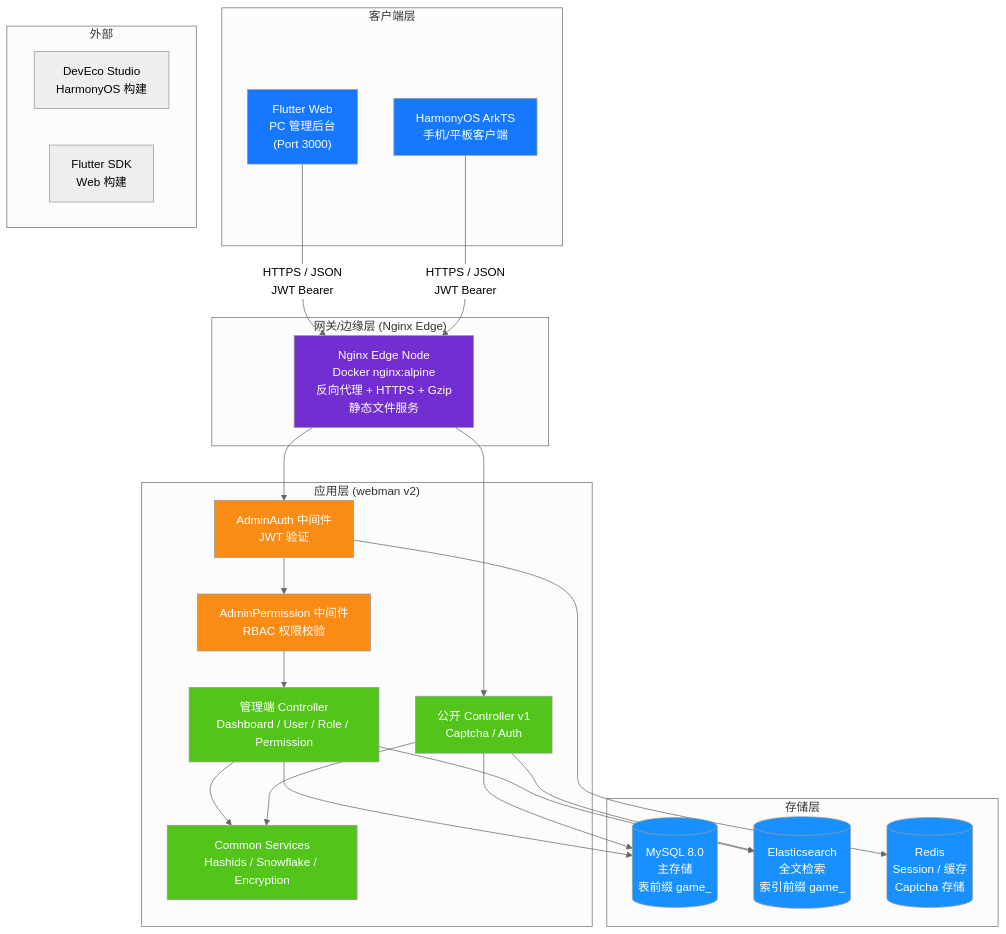
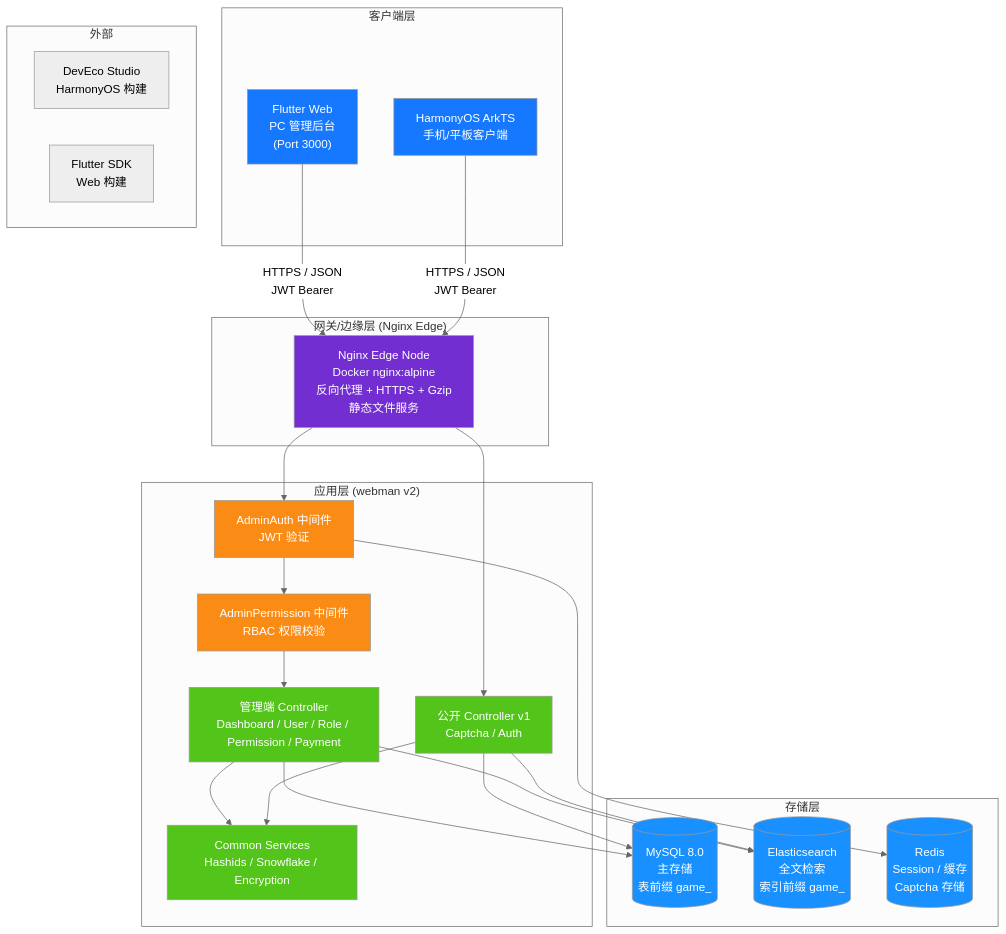
Before and after one commit to erikwang2013/game-platform-php: the first of 14 diagrams in admin/docs/ARCHITECTURE.md, drawn with Mermaid (neutral theme). The commit also changed other lines of this file and 211 other files, not shown here.

First line of the commit message:
fix: 支付配置读回类型根治、提现事件对账巡检，12 语族 mermaid 与 API 标签本地化

````diff
--- a/admin/docs/ARCHITECTURE.md
+++ b/admin/docs/ARCHITECTURE.md
@@ -15,56 +15,56 @@
 ```mermaid
 flowchart TB
     subgraph "客户端层"
         A1["Flutter Web<br/>PC 管理后台<br/>(Port 3000)"]
         A2["HarmonyOS ArkTS<br/>手机/平板客户端"]
     end
 
     subgraph "网关/边缘层 (Nginx Edge)"
         B1["Nginx Edge Node<br/>Docker nginx:alpine<br/>反向代理 + HTTPS + Gzip<br/>静态文件服务"]
     end
 
     subgraph "应用层 (webman v2)"
         C1["AdminAuth 中间件<br/>JWT 验证"]
         C2["AdminPermission 中间件<br/>RBAC 权限校验"]
-        C3["管理端 Controller<br/>Dashboard / User / Role / Permission"]
+        C3["管理端 Controller<br/>Dashboard / User / Role / Permission / Payment"]
         C4["公开 Controller v1<br/>Captcha / Auth"]
         C5["Common Services<br/>Hashids / Snowflake / Encryption"]
     end
 
     subgraph "存储层"
         D1[("MySQL 8.0<br/>主存储<br/>表前缀 game_")]
         D2[("Elasticsearch<br/>全文检索<br/>索引前缀 game_")]
         D3[("Redis<br/>Session / 缓存<br/>Captcha 存储")]
     end
 
     subgraph "外部"
         E1["DevEco Studio<br/>HarmonyOS 构建"]
         E2["Flutter SDK<br/>Web 构建"]
     end
 
     A1 -->|"HTTPS / JSON<br/>JWT Bearer"| B1
     A2 -->|"HTTPS / JSON<br/>JWT Bearer"| B1
     B1 --> C1
     C1 --> C2
     C2 --> C3
     B1 --> C4
     C3 --> C5
     C4 --> C5
     C3 --> D1
     C4 --> D1
     C3 --> D2
     C4 --> D2
     C1 --> D3
 
     style A1 fill:#1677FF,color:#fff
     style A2 fill:#1677FF,color:#fff
     style B1 fill:#722ED1,color:#fff
     style C1 fill:#FA8C16,color:#fff
     style C2 fill:#FA8C16,color:#fff
     style C3 fill:#52C41A,color:#fff
     style C4 fill:#52C41A,color:#fff
     style C5 fill:#52C41A,color:#fff
     style D1 fill:#1890FF,color:#fff
     style D2 fill:#1890FF,color:#fff
     style D3 fill:#1890FF,color:#fff
 ```
````
